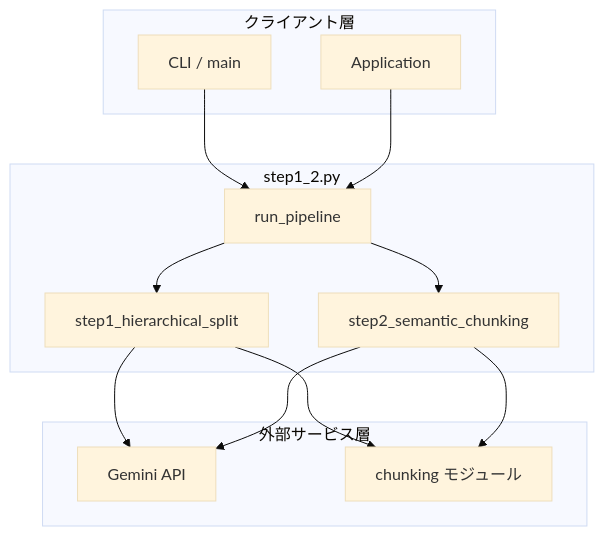
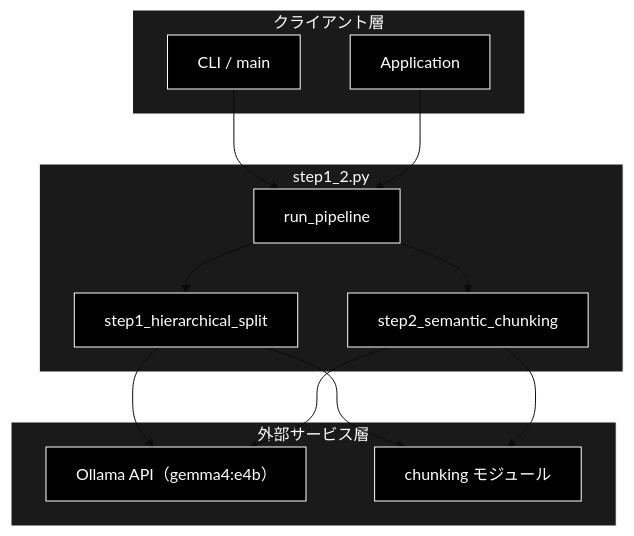
Before and after one commit to nakashima2toshio/ollama_grace_agent_v2: the first of 4 diagrams in chunking/doc/step1_2.md, drawn with Mermaid (base theme). The commit also changed other lines of this file and 13 other files, not shown here.

First line of the commit message:
chunking: Ollama ネイティブ化（コード/コメント/ドキュメントの Gemini→Ollama 全面置換）

````diff
--- a/chunking/doc/step1_2.md
+++ b/chunking/doc/step1_2.md
@@ -51,27 +51,33 @@
 ```mermaid
 flowchart TB
     subgraph CLIENT["クライアント層"]
         CLI[CLI / main]
         APP[Application]
     end
 
     subgraph MODULE["step1_2.py"]
         PIPELINE[run_pipeline]
         STEP1[step1_hierarchical_split]
         STEP2[step2_semantic_chunking]
     end
 
     subgraph EXTERNAL["外部サービス層"]
-        GEMINI[Gemini API]
+        GEMINI[Ollama API（gemma4:e4b）]
         CHUNKING[chunking モジュール]
     end
 
     CLI --> PIPELINE
     APP --> PIPELINE
     PIPELINE --> STEP1
     PIPELINE --> STEP2
     STEP1 --> GEMINI
     STEP1 --> CHUNKING
     STEP2 --> GEMINI
     STEP2 --> CHUNKING
+classDef default fill:#000,stroke:#fff,color:#fff
+classDef subgraphStyle fill:#1a1a1a,stroke:#fff,color:#fff
+class CLI,APP,PIPELINE,STEP1,STEP2,GEMINI,CHUNKING default
+style CLIENT fill:#1a1a1a,stroke:#fff,color:#fff
+style MODULE fill:#1a1a1a,stroke:#fff,color:#fff
+style EXTERNAL fill:#1a1a1a,stroke:#fff,color:#fff
 ```
````
